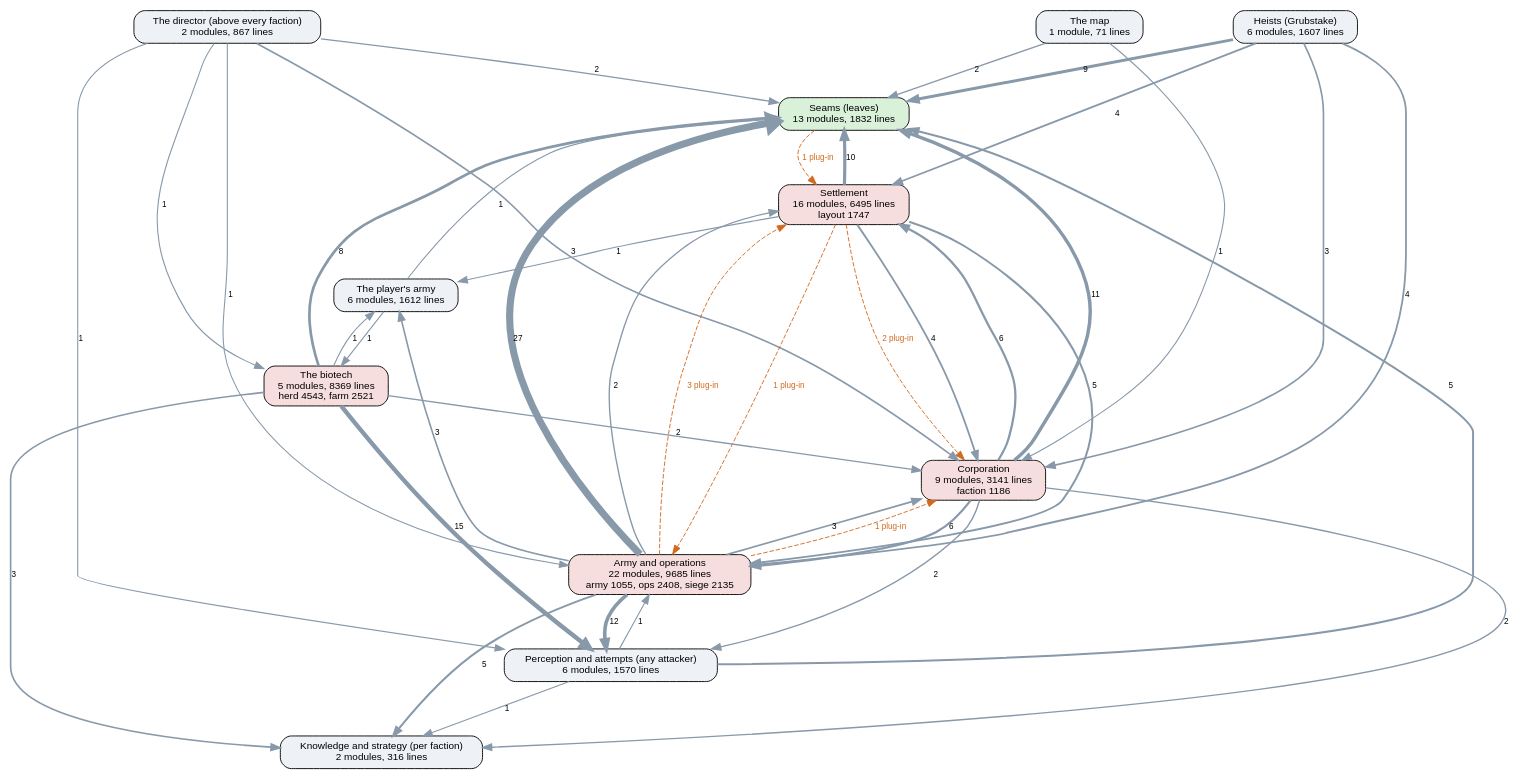
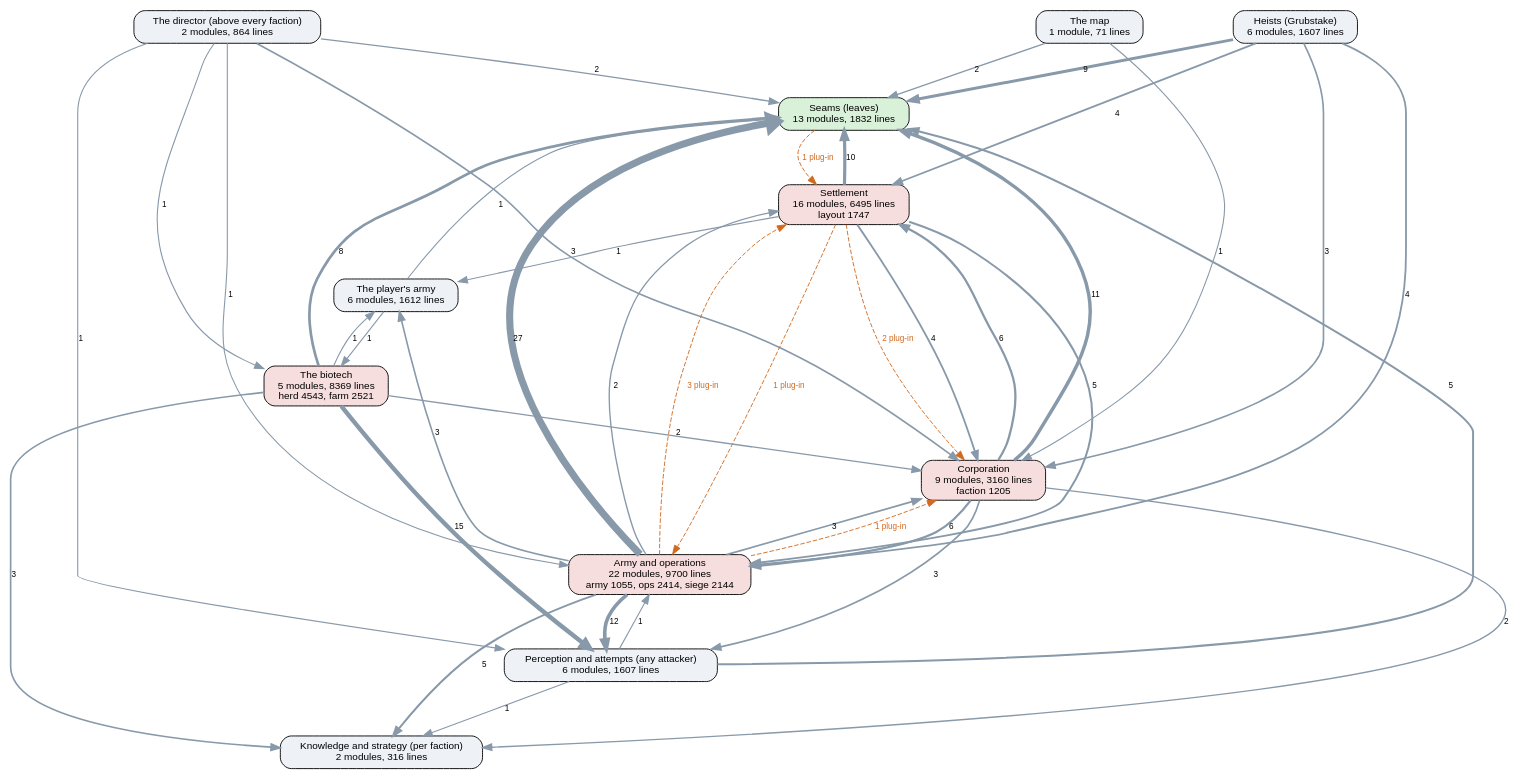
One commit to kinelhu/landing-party changed the diagram in docs/ai-layers.dot. Above: the diagram before and after it, drawn with Graphviz. The commit also changed 17 other files, not shown here.

```diff
--- a/docs/ai-layers.dot
+++ b/docs/ai-layers.dot
@@ -1,57 +1,57 @@
 digraph layers {
   graph [rankdir=TB, fontname="Helvetica", nodesep=0.5, ranksep=0.7];
   node [shape=box, style="rounded,filled", fontname="Helvetica", fontsize=11, fillcolor="#eef2f7"];
   edge [color="#8899aa", fontname="Helvetica", fontsize=9];
   "Seams (leaves)" [label="Seams (leaves)\n13 modules, 1832 lines", fillcolor="#d9f0d9"];
-  "Perception and attempts (any attacker)" [label="Perception and attempts (any attacker)\n6 modules, 1570 lines", fillcolor="#eef2f7"];
+  "Perception and attempts (any attacker)" [label="Perception and attempts (any attacker)\n6 modules, 1607 lines", fillcolor="#eef2f7"];
   "Knowledge and strategy (per faction)" [label="Knowledge and strategy (per faction)\n2 modules, 316 lines", fillcolor="#eef2f7"];
-  "The director (above every faction)" [label="The director (above every faction)\n2 modules, 867 lines", fillcolor="#eef2f7"];
-  "Corporation" [label="Corporation\n9 modules, 3141 lines\nfaction 1186", fillcolor="#f7dede"];
+  "The director (above every faction)" [label="The director (above every faction)\n2 modules, 864 lines", fillcolor="#eef2f7"];
+  "Corporation" [label="Corporation\n9 modules, 3160 lines\nfaction 1205", fillcolor="#f7dede"];
   "Settlement" [label="Settlement\n16 modules, 6495 lines\nlayout 1747", fillcolor="#f7dede"];
-  "Army and operations" [label="Army and operations\n22 modules, 9685 lines\narmy 1055, ops 2408, siege 2135", fillcolor="#f7dede"];
+  "Army and operations" [label="Army and operations\n22 modules, 9700 lines\narmy 1055, ops 2414, siege 2144", fillcolor="#f7dede"];
   "Heists (Grubstake)" [label="Heists (Grubstake)\n6 modules, 1607 lines", fillcolor="#eef2f7"];
   "The biotech" [label="The biotech\n5 modules, 8369 lines\nherd 4543, farm 2521", fillcolor="#f7dede"];
   "The map" [label="The map\n1 module, 71 lines", fillcolor="#eef2f7"];
   "The player's army" [label="The player's army\n6 modules, 1612 lines", fillcolor="#eef2f7"];
   "Army and operations" -> "Corporation" [label="3", penwidth=1.8];
   "Army and operations" -> "Knowledge and strategy (per faction)" [label="5", penwidth=2.2];
   "Army and operations" -> "Perception and attempts (any attacker)" [label="12", penwidth=4.0];
   "Army and operations" -> "Seams (leaves)" [label="27", penwidth=7.8];
   "Army and operations" -> "Settlement" [label="2", penwidth=1.5];
   "Army and operations" -> "The player's army" [label="3", penwidth=1.8];
   "Corporation" -> "Army and operations" [label="6", penwidth=2.5];
   "Corporation" -> "Knowledge and strategy (per faction)" [label="2", penwidth=1.5];
-  "Corporation" -> "Perception and attempts (any attacker)" [label="2", penwidth=1.5];
+  "Corporation" -> "Perception and attempts (any attacker)" [label="3", penwidth=1.8];
   "Corporation" -> "Seams (leaves)" [label="11", penwidth=3.8];
   "Corporation" -> "Settlement" [label="6", penwidth=2.5];
   "Heists (Grubstake)" -> "Army and operations" [label="4", penwidth=2.0];
   "Heists (Grubstake)" -> "Corporation" [label="3", penwidth=1.8];
   "Heists (Grubstake)" -> "Seams (leaves)" [label="9", penwidth=3.2];
   "Heists (Grubstake)" -> "Settlement" [label="4", penwidth=2.0];
   "Perception and attempts (any attacker)" -> "Army and operations" [label="1", penwidth=1.2];
   "Perception and attempts (any attacker)" -> "Knowledge and strategy (per faction)" [label="1", penwidth=1.2];
   "Perception and attempts (any attacker)" -> "Seams (leaves)" [label="5", penwidth=2.2];
   "Settlement" -> "Army and operations" [label="5", penwidth=2.2];
   "Settlement" -> "Corporation" [label="4", penwidth=2.0];
   "Settlement" -> "Seams (leaves)" [label="10", penwidth=3.5];
   "Settlement" -> "The player's army" [label="1", penwidth=1.2];
   "The biotech" -> "Corporation" [label="2", penwidth=1.5];
   "The biotech" -> "Knowledge and strategy (per faction)" [label="3", penwidth=1.8];
   "The biotech" -> "Perception and attempts (any attacker)" [label="15", penwidth=4.8];
   "The biotech" -> "Seams (leaves)" [label="8", penwidth=3.0];
   "The biotech" -> "The player's army" [label="1", penwidth=1.2];
   "The director (above every faction)" -> "Army and operations" [label="1", penwidth=1.2];
   "The director (above every faction)" -> "Corporation" [label="3", penwidth=1.8];
   "The director (above every faction)" -> "Perception and attempts (any attacker)" [label="1", penwidth=1.2];
   "The director (above every faction)" -> "Seams (leaves)" [label="2", penwidth=1.5];
   "The director (above every faction)" -> "The biotech" [label="1", penwidth=1.2];
   "The map" -> "Corporation" [label="1", penwidth=1.2];
   "The map" -> "Seams (leaves)" [label="2", penwidth=1.5];
   "The player's army" -> "Seams (leaves)" [label="1", penwidth=1.2];
   "The player's army" -> "The biotech" [label="1", penwidth=1.2];
   "Army and operations" -> "Corporation" [style=dashed, color="#d2691e", fontcolor="#d2691e", label="1 plug-in"];
   "Army and operations" -> "Settlement" [style=dashed, color="#d2691e", fontcolor="#d2691e", label="3 plug-in"];
   "Seams (leaves)" -> "Settlement" [style=dashed, color="#d2691e", fontcolor="#d2691e", label="1 plug-in"];
   "Settlement" -> "Army and operations" [style=dashed, color="#d2691e", fontcolor="#d2691e", label="1 plug-in"];
   "Settlement" -> "Corporation" [style=dashed, color="#d2691e", fontcolor="#d2691e", label="2 plug-in"];
 }
```
